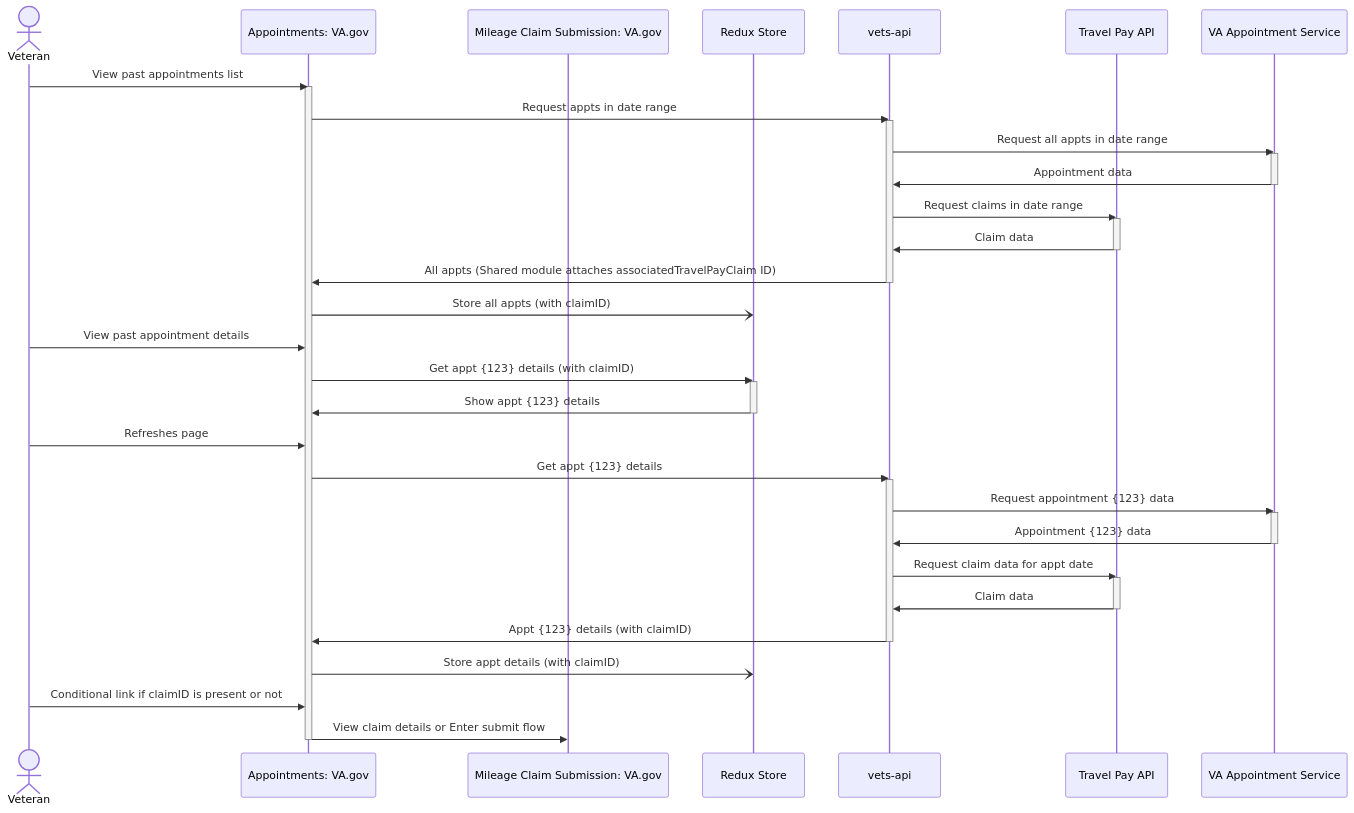
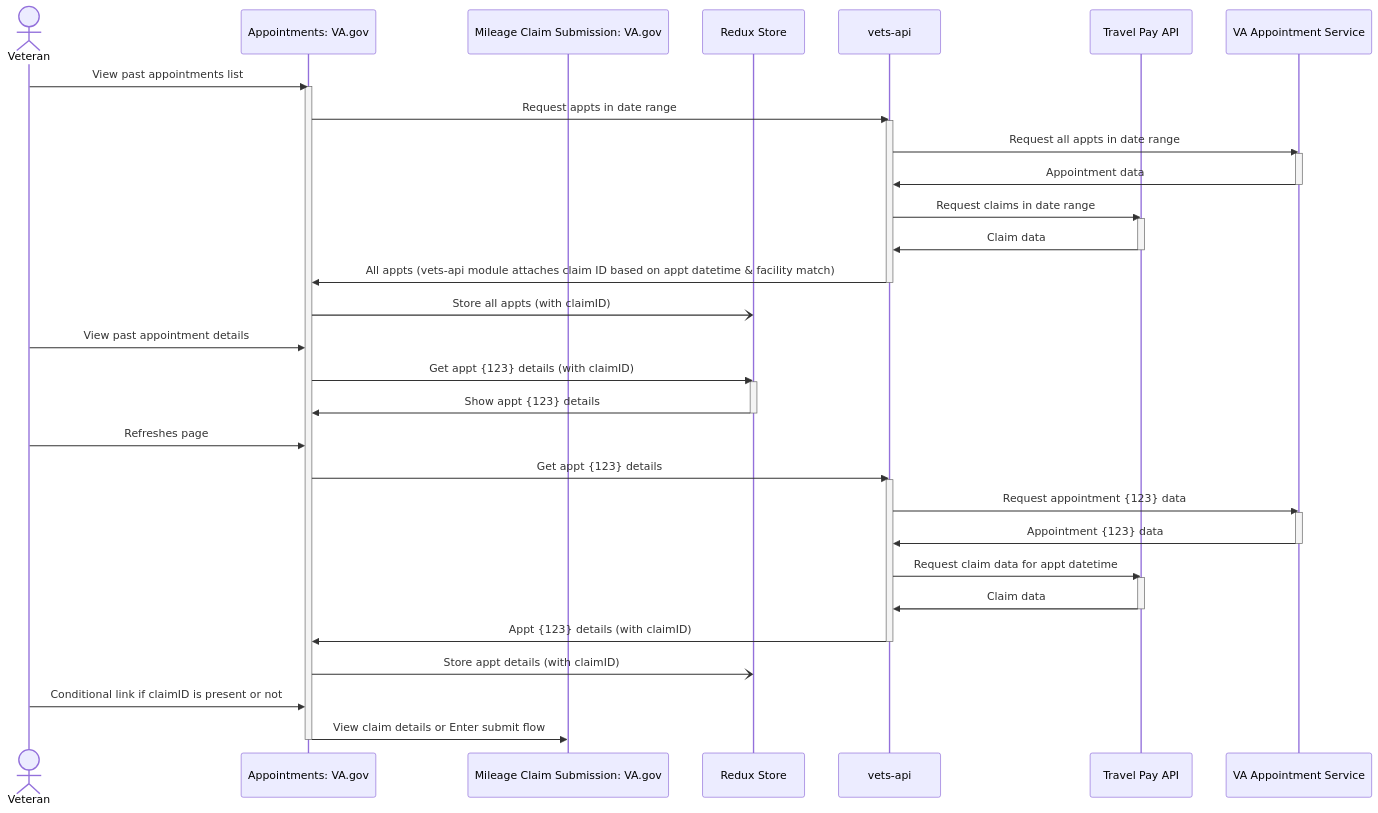
One commit to department-of-veterans-affairs/va.gov-team changed the diagram in products/health-care/beneficiary-travel/engineering/appointment-association-recommendation.md. Above: the diagram before and after it, drawn with Mermaid. The commit also changed other lines of this file, not shown here.

````diff
--- a/products/health-care/beneficiary-travel/engineering/appointment-association-recommendation.md
+++ b/products/health-care/beneficiary-travel/engineering/appointment-association-recommendation.md
@@ -29,60 +29,60 @@
 ```mermaid
 sequenceDiagram
   actor vet as Veteran
   participant appts as Appointments: VA.gov
   participant smoc as Mileage Claim Submission: VA.gov
   participant redux as Redux Store
   participant vapi as vets-api
   participant tpapi as Travel Pay API
   participant vaos as VA Appointment Service
 
   vet ->> appts: View past appointments list
   activate appts
     appts ->> vapi: Request appts in date range
     
     activate vapi
       vapi ->> vaos: Request all appts in date range
     activate vaos
       vaos ->> vapi: Appointment data
     deactivate vaos
       vapi ->> tpapi: Request claims in date range
     activate tpapi
       tpapi ->> vapi: Claim data
     deactivate tpapi
-      vapi ->> appts: All appts (Shared module attaches associatedTravelPayClaim ID)
+      vapi ->> appts: All appts (vets-api module attaches claim ID based on appt datetime & facility match)
     deactivate vapi
 
     appts -) redux: Store all appts (with claimID)
     
     vet ->> appts: View past appointment details
 
     appts ->> redux: Get appt {123} details (with claimID)
 
     activate redux
       redux ->> appts: Show appt {123} details
     deactivate redux
 
     vet ->> appts: Refreshes page
     appts ->> vapi: Get appt {123} details
     
     activate vapi
       
       vapi ->> vaos: Request appointment {123} data
     activate vaos
       vaos ->> vapi: Appointment {123} data
     deactivate vaos
-      vapi ->> tpapi: Request claim data for appt date
+      vapi ->> tpapi: Request claim data for appt datetime
     activate tpapi
       tpapi ->> vapi: Claim data
     deactivate tpapi
       vapi ->> appts: Appt {123} details (with claimID)
     deactivate vapi
 
     appts -) redux: Store appt details (with claimID)
 
     vet ->> appts: Conditional link if claimID is present or not
 
     appts ->> smoc: View claim details or Enter submit flow
 
   deactivate appts
 ```
````
